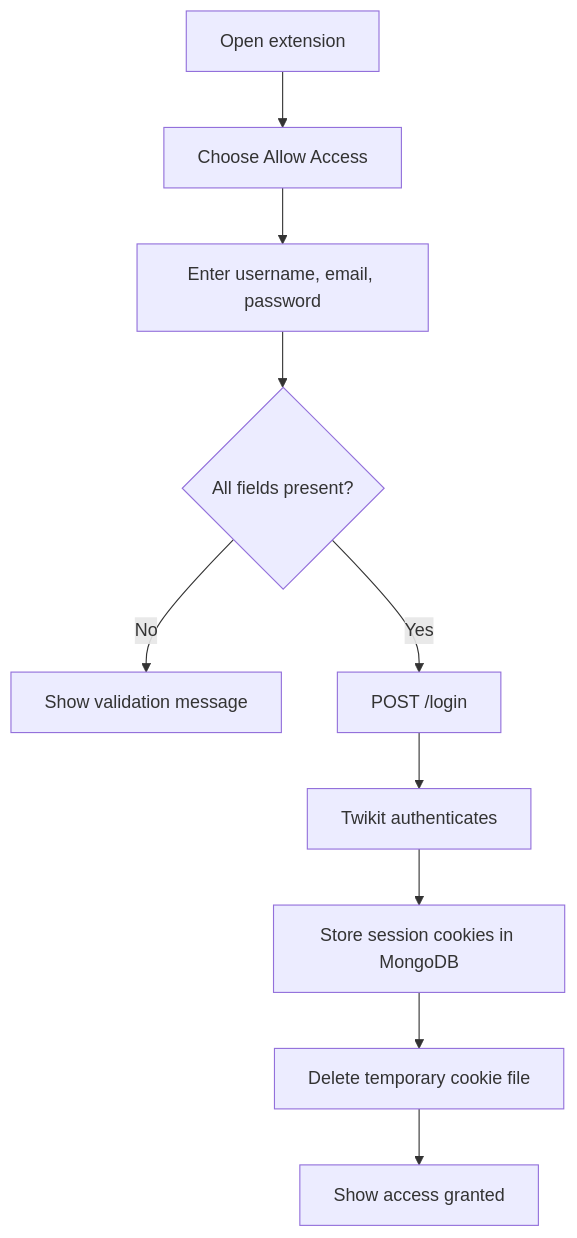
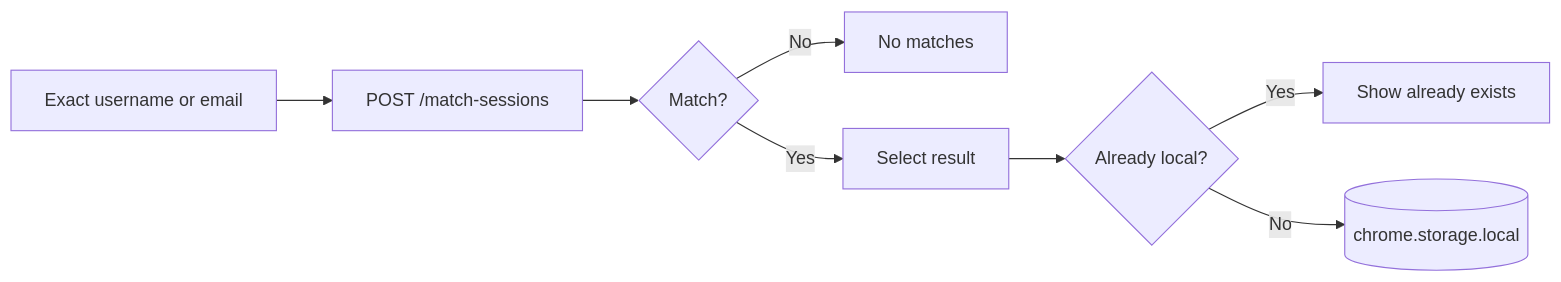
One commit to SidheshwarSarangal/X_feed_extension changed the third of 7 diagrams in docs/workflows-and-api.md. Above: the diagram before and after it, drawn with Mermaid. The commit also changed other lines of this file and 5 other files, not shown here.

````diff
--- a/docs/workflows-and-api.md
+++ b/docs/workflows-and-api.md
@@ -7,12 +42,10 @@
 ```mermaid
-flowchart TD
-    Open[Open extension] --> Access[Choose Allow Access]
-    Access --> Fields[Enter username, email, password]
-    Fields --> Validate{All fields present?}
-    Validate -->|No| Error[Show validation message]
-    Validate -->|Yes| Login[POST /login]
-    Login --> Twikit[Twikit authenticates]
-    Twikit --> Store[Store session cookies in MongoDB]
-    Store --> Cleanup[Delete temporary cookie file]
-    Cleanup --> Success[Show access granted]
+flowchart LR
+    Input[Exact username or email] --> Match[POST /match-sessions]
+    Match --> Found{Match?}
+    Found -->|No| Empty[No matches]
+    Found -->|Yes| Select[Select result]
+    Select --> Duplicate{Already local?}
+    Duplicate -->|Yes| Existing[Show already exists]
+    Duplicate -->|No| Store[(chrome.storage.local)]
 ```
````
